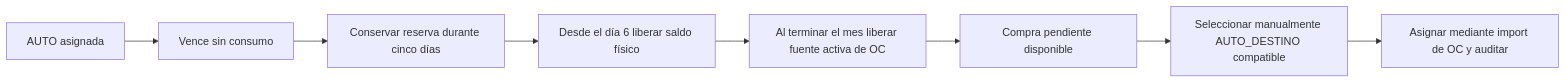
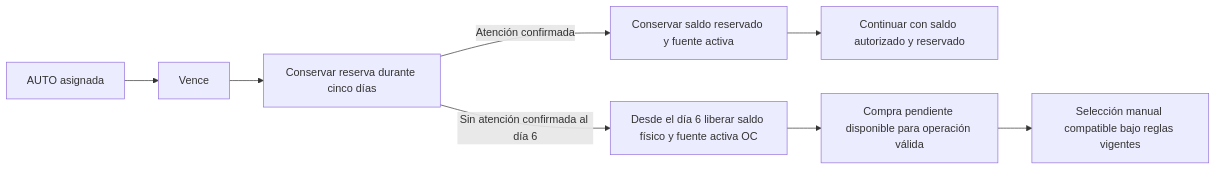
Before and after one commit to andresalvarezb/mtd-olp-medicarte: the second of 3 diagrams in docs/adr/043-authorization-order-receipt-fulfillment-reassignment.md, drawn with Mermaid. The commit also changed other lines of this file and 39 other files, not shown here.

Commit message:
feat: complete authorization expiry continuity flow

````diff
--- a/docs/adr/043-authorization-order-receipt-fulfillment-reassignment.md
+++ b/docs/adr/043-authorization-order-receipt-fulfillment-reassignment.md
@@ -29,10 +29,10 @@
 ```mermaid
 flowchart LR
-   A[AUTO asignada] --> B[Vence sin consumo]
+   A[AUTO asignada] --> B[Vence]
    B --> C[Conservar reserva durante cinco días]
-   C --> D[Desde el día 6 liberar saldo físico]
-   D --> E[Al terminar el mes liberar fuente activa de OC]
-   E --> H[Compra pendiente disponible]
-   H --> F[Seleccionar manualmente AUTO_DESTINO compatible]
-   F --> G[Asignar mediante import de OC y auditar]
+   C -->|Sin atención confirmada al día 6| D[Desde el día 6 liberar saldo físico y fuente activa OC]
+   C -->|Atención confirmada| E[Conservar saldo reservado y fuente activa]
+   E --> F[Continuar con saldo autorizado y reservado]
+   D --> H[Compra pendiente disponible para operación válida]
+   H --> I[Selección manual compatible bajo reglas vigentes]
 ```
````
